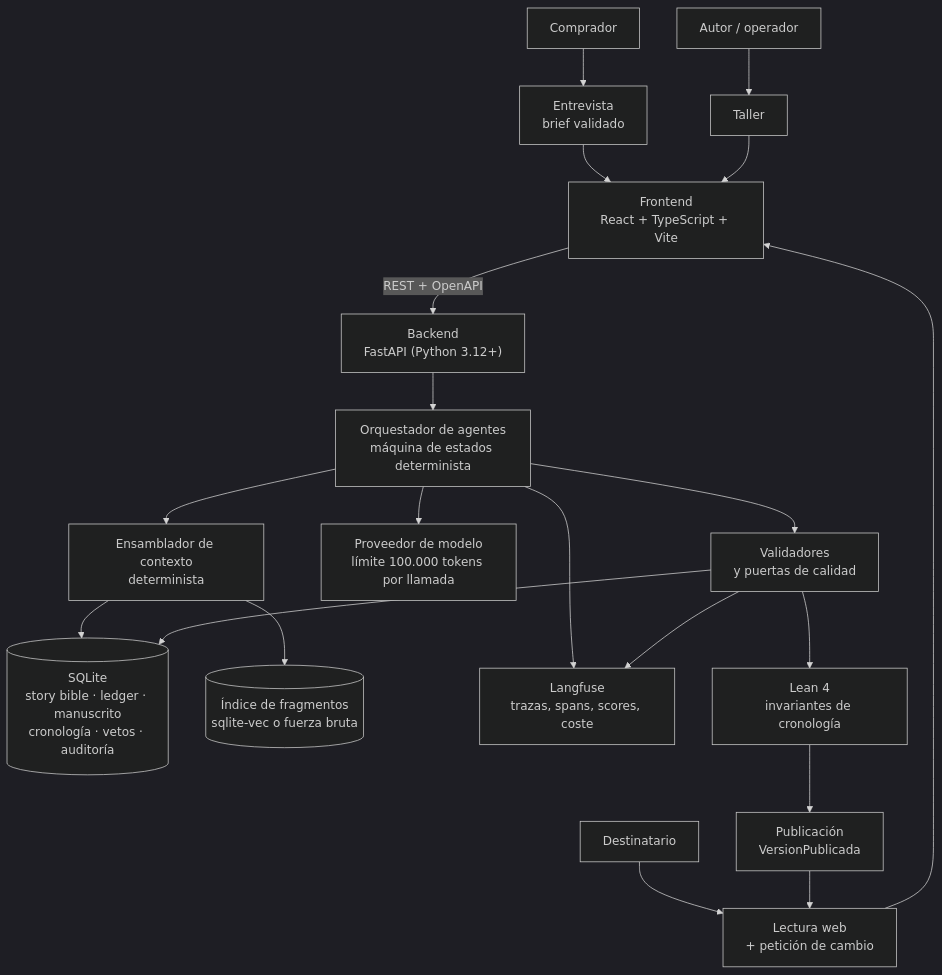
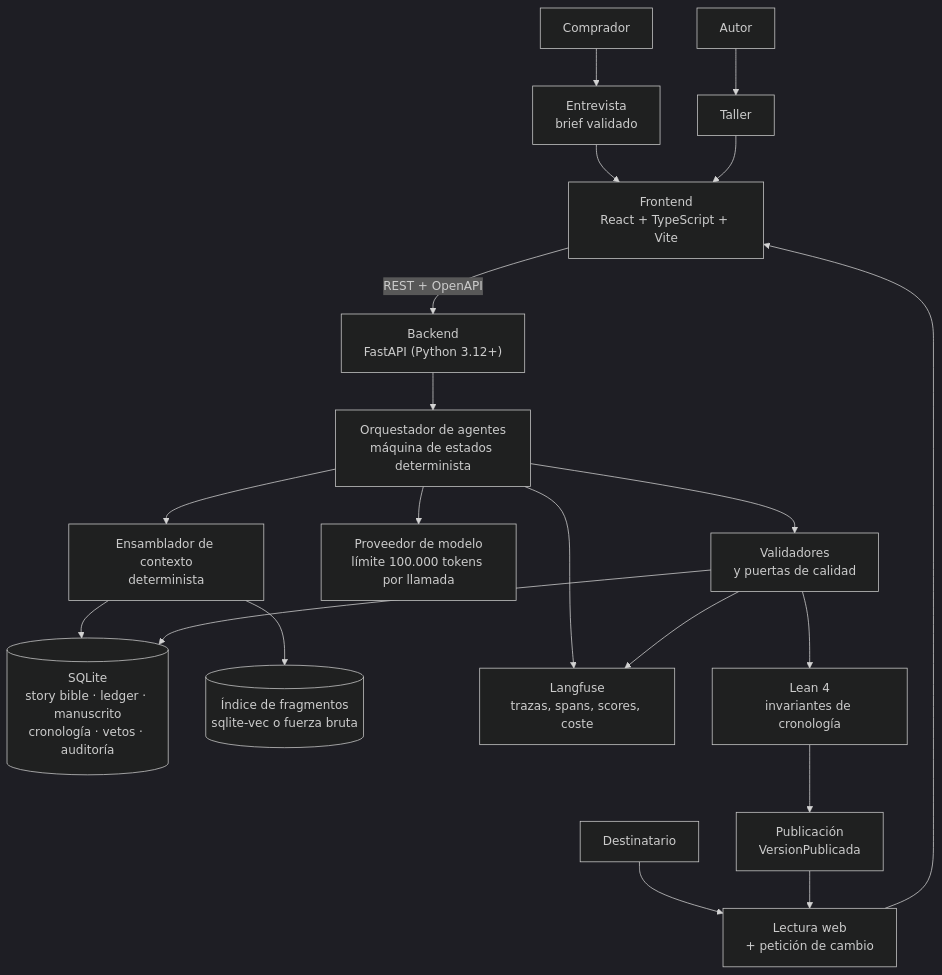
The first of 7 diagrams in docs/architecture.md (maujimenez4/ciberpunk-storymaker), drawn with Mermaid (dark theme) before and after one commit. The commit also changed other lines of this file and 6 other files, not shown here.

````diff
--- a/docs/architecture.md
+++ b/docs/architecture.md
@@ -23,24 +23,24 @@
 ```mermaid
 flowchart TD
   C["Comprador"] --> ENTR["Entrevista<br/>brief validado"]
   D["Destinatario"] --> LEC["Lectura web<br/>+ petición de cambio"]
-  A["Autor / operador"] --> TAL["Taller"]
+  A["Autor"] --> TAL["Taller"]
 
   ENTR --> FE["Frontend<br/>React + TypeScript + Vite"]
   LEC --> FE
   TAL --> FE
 
   FE -->|REST + OpenAPI| BE["Backend<br/>FastAPI (Python 3.12+)"]
   BE --> ORQ["Orquestador de agentes<br/>máquina de estados determinista"]
   ORQ --> ENS["Ensamblador de contexto<br/>determinista"]
   ENS --> DB[("SQLite<br/>story bible · ledger · manuscrito<br/>cronología · vetos · auditoría")]
   ENS --> VEC[("Índice de fragmentos<br/>sqlite-vec o fuerza bruta")]
   ORQ --> LLM["Proveedor de modelo<br/>límite 100.000 tokens por llamada"]
   ORQ --> VAL["Validadores<br/>y puertas de calidad"]
   VAL --> DB
   ORQ --> OBS["Langfuse<br/>trazas, spans, scores, coste"]
   VAL --> OBS
   VAL --> LEAN["Lean 4<br/>invariantes de cronología"]
   LEAN --> PUB["Publicación<br/>VersionPublicada"]
   PUB --> LEC
 ```
````
